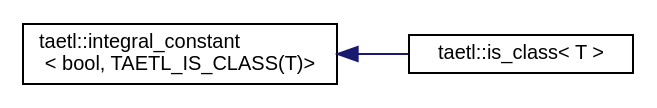
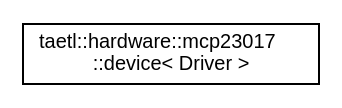
One commit to tobanteAudio/taetl changed the diagram in inherit_graph_15.dot. Above: the diagram before and after it, drawn with Graphviz. The commit also changed 168 other files, not shown here.

```diff
--- a/inherit_graph_15.dot
+++ b/inherit_graph_15.dot
@@ -1,9 +1,7 @@
 digraph "Graphical Class Hierarchy"
 {
   edge [fontname="Helvetica",fontsize="10",labelfontname="Helvetica",labelfontsize="10"];
   node [fontname="Helvetica",fontsize="10",shape=record];
   rankdir="LR";
-  Node0 [label="taetl::integral_constant\l\< bool, TAETL_IS_CLASS(T)\>",height=0.2,width=0.4,color="black", fillcolor="white", style="filled",URL="$structtaetl_1_1integral__constant.html"];
-  Node0 -> Node1 [dir="back",color="midnightblue",fontsize="10",style="solid",fontname="Helvetica"];
-  Node1 [label="taetl::is_class\< T \>",height=0.2,width=0.4,color="black", fillcolor="white", style="filled",URL="$structtaetl_1_1is__class.html"];
+  Node0 [label="taetl::hardware::mcp23017\l::device\< Driver \>",height=0.2,width=0.4,color="black", fillcolor="white", style="filled",URL="$classtaetl_1_1hardware_1_1mcp23017_1_1device.html"];
 }
```
